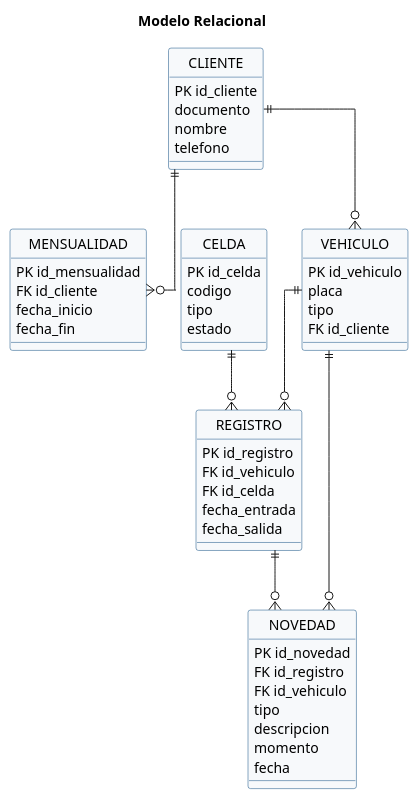
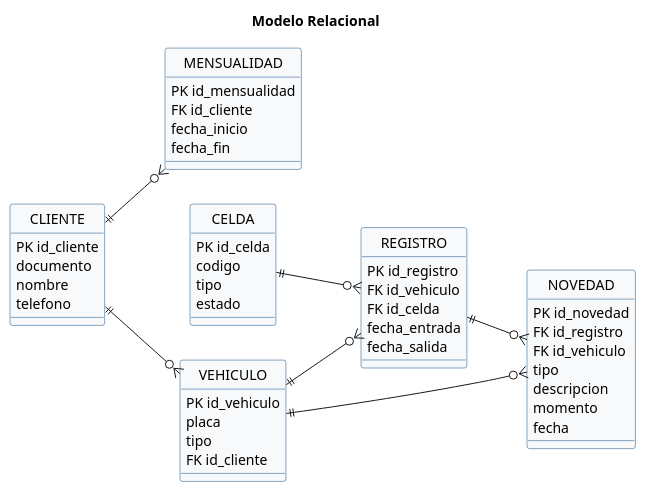
One commit to davide1828/Autos-Colombia changed the diagram in docs/diagramas/06_modelo_relacional.puml. Above: the diagram before and after it, drawn with PlantUML. The commit also changed 5 other files, not shown here.

Commit message:
Diagramas corregidos y capturas actualizadas

```diff
--- a/docs/diagramas/06_modelo_relacional.puml
+++ b/docs/diagramas/06_modelo_relacional.puml
@@ -1,58 +1,58 @@
 @startuml relacional
 skinparam shadowing false
 skinparam defaultFontName Arial
-skinparam linetype ortho
 skinparam classBackgroundColor #F7F9FB
 skinparam classBorderColor #0f4c81
 skinparam entityBackgroundColor #F7F9FB
 skinparam entityBorderColor #0f4c81
 hide circle
+left to right direction
 title Modelo Relacional
 
 entity CLIENTE {
   PK id_cliente
   documento
   nombre
   telefono
 }
 entity MENSUALIDAD {
   PK id_mensualidad
   FK id_cliente
   fecha_inicio
   fecha_fin
 }
 entity VEHICULO {
   PK id_vehiculo
   placa
   tipo
   FK id_cliente
 }
 entity CELDA {
   PK id_celda
   codigo
   tipo
   estado
 }
 entity REGISTRO {
   PK id_registro
   FK id_vehiculo
   FK id_celda
   fecha_entrada
   fecha_salida
 }
 entity NOVEDAD {
   PK id_novedad
   FK id_registro
   FK id_vehiculo
   tipo
   descripcion
   momento
   fecha
 }
 CLIENTE ||--o{ VEHICULO
 CLIENTE ||--o{ MENSUALIDAD
 VEHICULO ||--o{ REGISTRO
 CELDA ||--o{ REGISTRO
 REGISTRO ||--o{ NOVEDAD
 VEHICULO ||--o{ NOVEDAD
 @enduml
```
